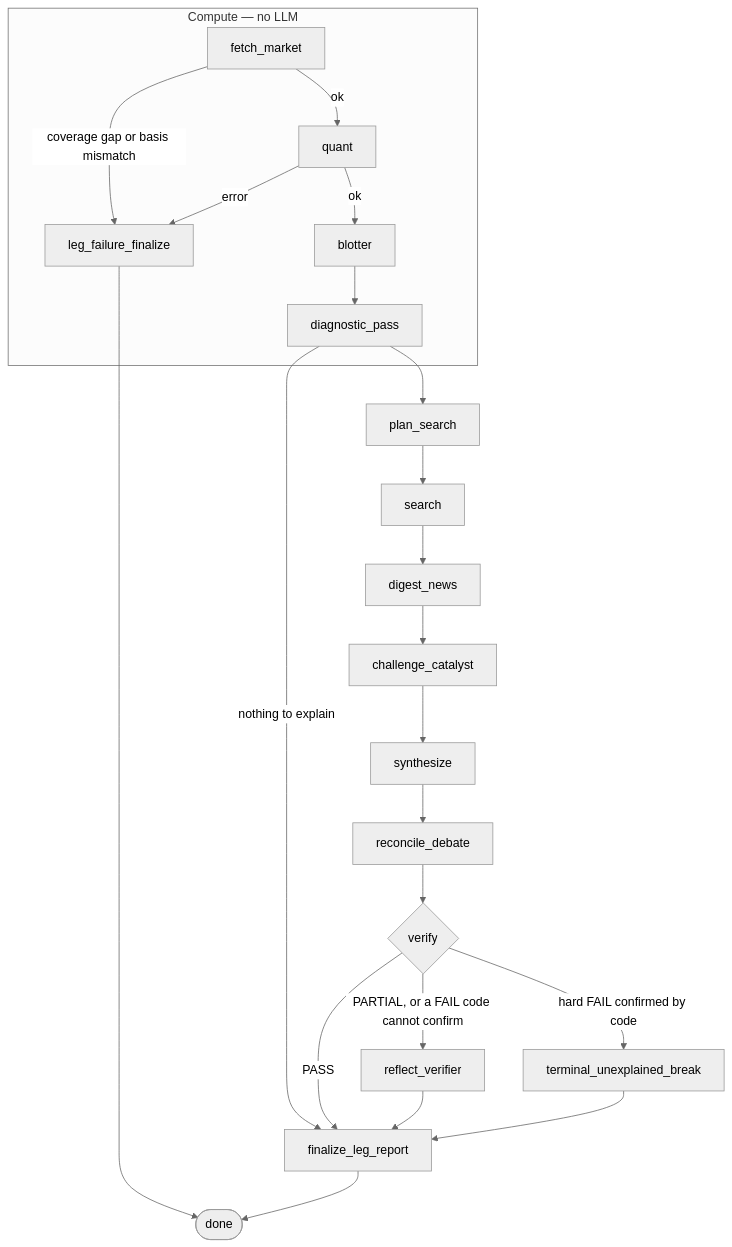
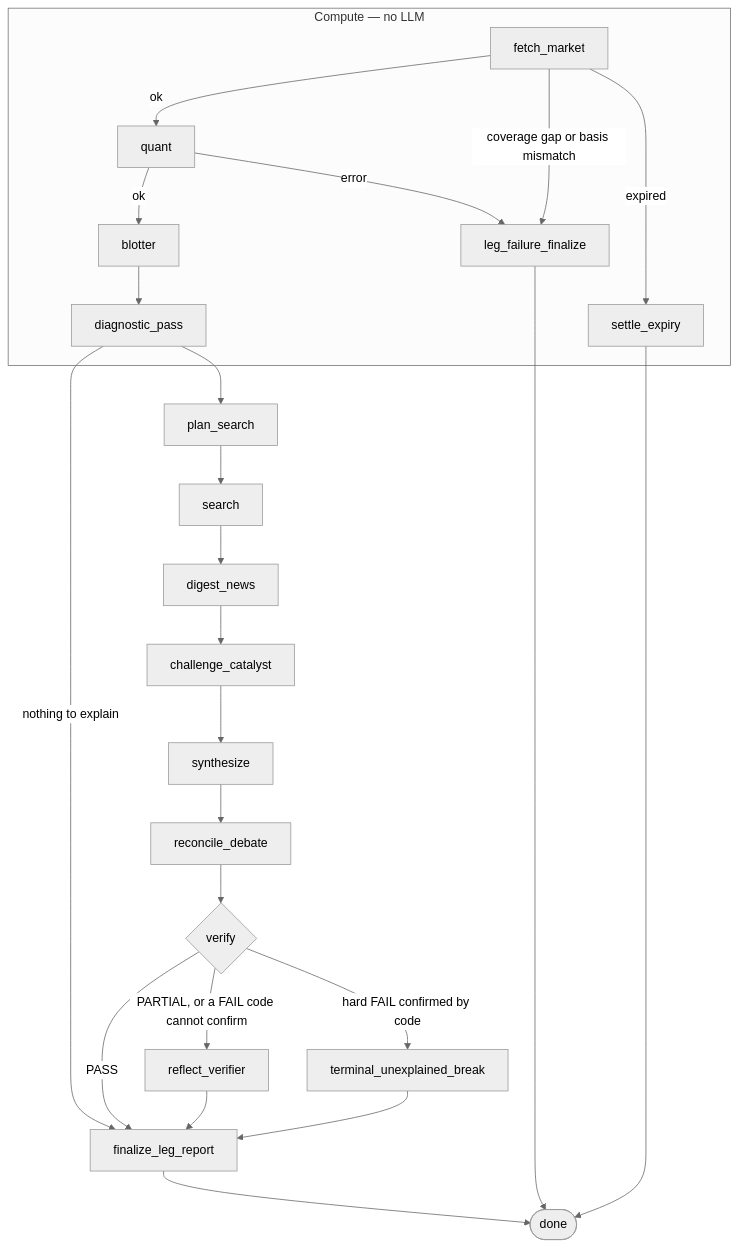
Before and after one commit to Kmg-Zh/ExplainMyOption: the second of 2 diagrams in README.md, drawn with Mermaid (neutral theme). The commit also changed other lines of this file and 20 other files, not shown here.

First line of the commit message:
feat(expiry): settle expired legs at intrinsic and roll the run-log book

````diff
--- a/README.md
+++ b/README.md
@@ -281,23 +285,25 @@
 ```mermaid
 flowchart TB
   subgraph compute["Compute — no LLM"]
     FM[fetch_market] -->|ok| Q[quant]
     FM -->|coverage gap or basis mismatch| FAIL[leg_failure_finalize]
+    FM -->|expired| SET[settle_expiry]
     Q -->|ok| BL[blotter]
     Q -->|error| FAIL
     BL --> DP[diagnostic_pass]
   end
 
   DP -->|nothing to explain| FIN[finalize_leg_report]
   DP --> PS[plan_search] --> SE[search] --> DG[digest_news]
   DG --> CH[challenge_catalyst] --> SY[synthesize] --> RC[reconcile_debate]
 
   RC --> VF{verify}
   VF -->|PASS| FIN
   VF -->|PARTIAL, or a FAIL code cannot confirm| REF[reflect_verifier]
   VF -->|hard FAIL confirmed by code| TUB[terminal_unexplained_break]
   REF --> FIN
   TUB --> FIN
   FAIL --> DONE([done])
+  SET --> DONE
   FIN --> DONE
 ```
````
